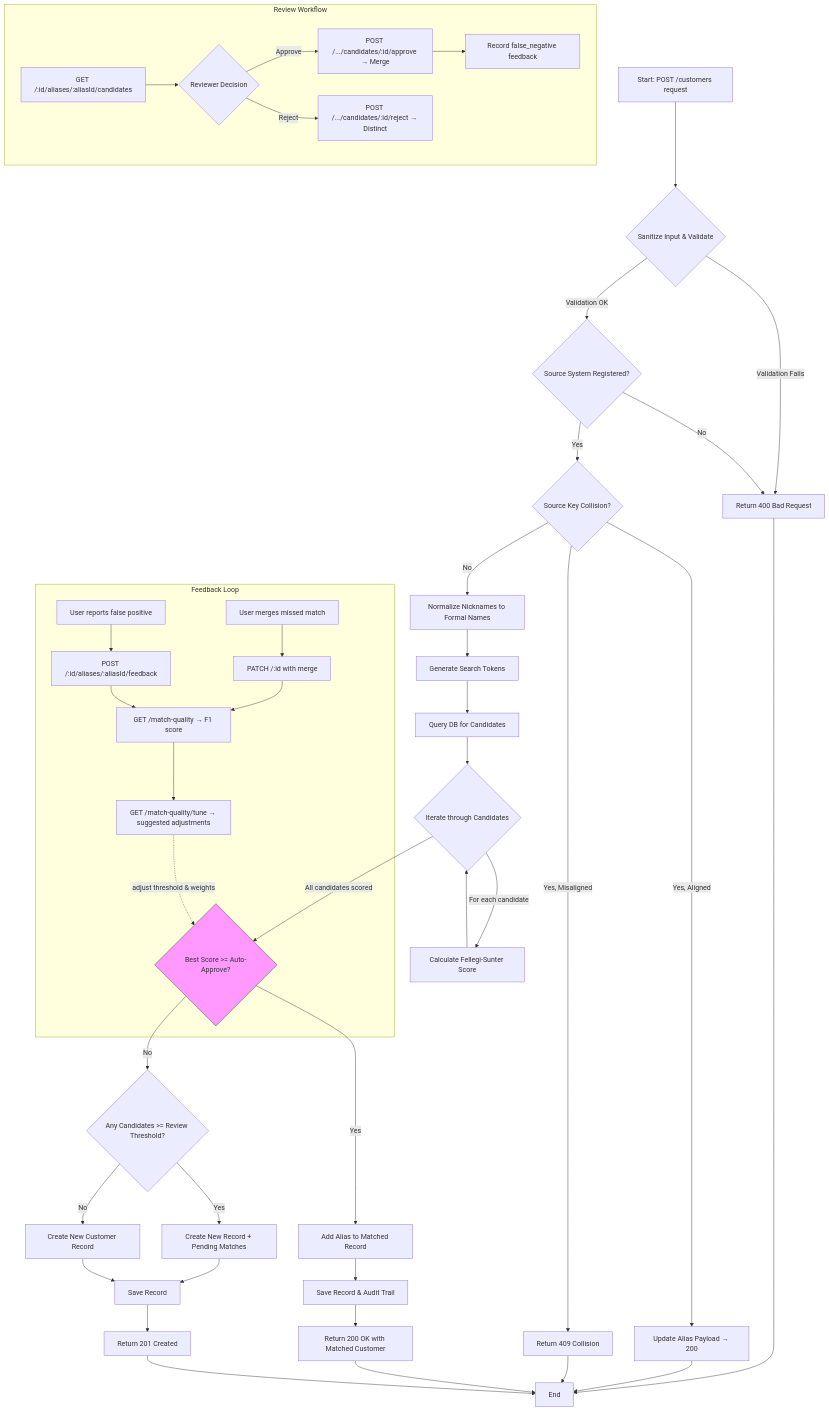
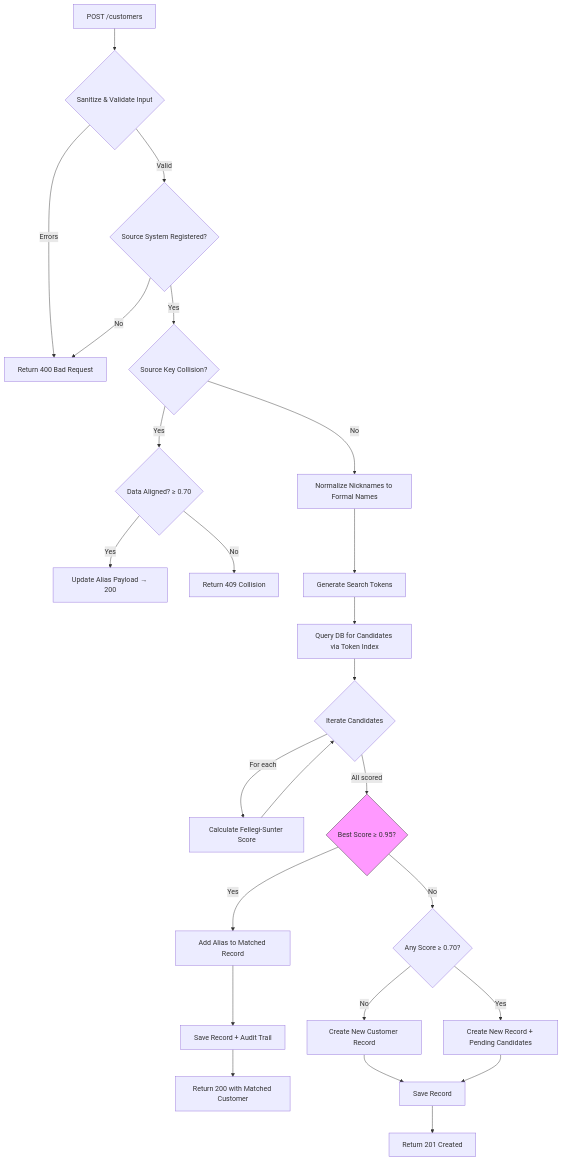
One commit to cesau78/s14s-identify changed the sixth of 23 diagrams in README.md. Above: the diagram before and after it, drawn with Mermaid. The commit also changed other lines of this file and 1 other file, not shown here.

Commit message:
docs: Expand README with per-endpoint logic flow diagrams and update TODO

````diff
--- a/README.md
+++ b/README.md
@@ -119,50 +190,30 @@
 ```mermaid
 graph TD
-    A[Start: POST /customers request] --> B{Sanitize Input & Validate};
-    B -- Validation Fails --> C[Return 400 Bad Request];
-    B -- Validation OK --> SV{Source System Registered?};
-    SV -- No --> C;
-    SV -- Yes --> SC{Source Key Collision?};
-    SC -- Yes, Aligned --> SCU[Update Alias Payload → 200];
-    SC -- Yes, Misaligned --> SCC[Return 409 Collision];
-    SC -- No --> N[Normalize Nicknames to Formal Names];
-    N --> D[Generate Search Tokens];
-    D --> E[Query DB for Candidates];
-    E --> F{Iterate through Candidates};
-    F -- For each candidate --> G[Calculate Fellegi-Sunter Score];
-    G --> F;
-    F -- All candidates scored --> H{Best Score >= Auto-Approve?};
-    H -- Yes --> I[Add Alias to Matched Record];
-    I --> K[Save Record & Audit Trail];
-    K --> L[Return 200 OK with Matched Customer];
-    H -- No --> NM{Any Candidates >= Review Threshold?};
-    NM -- Yes --> J2[Create New Record + Pending Matches];
-    NM -- No --> J[Create New Customer Record];
-    J --> K2[Save Record];
-    J2 --> K2;
-    K2 --> L2[Return 201 Created];
-    L --> M[End];
-    C --> M;
-    L2 --> M;
-    SCU --> M;
-    SCC --> M;
-
-    subgraph Review Workflow
-        PM[GET /:id/aliases/:aliasId/candidates] --> RV{Reviewer Decision};
-        RV -- Approve --> AP[POST /.../candidates/:id/approve → Merge];
-        RV -- Reject --> RJ[POST /.../candidates/:id/reject → Distinct];
-        AP --> FB2[Record false_negative feedback];
-    end
+    A[POST /customers] --> B{Sanitize & Validate Input}
+    B -- Errors --> C[Return 400 Bad Request]
+    B -- Valid --> SV{Source System Registered?}
+    SV -- No --> C
+    SV -- Yes --> SC{Source Key Collision?}
+    SC -- Yes --> SCA{Data Aligned? ≥ 0.70}
+    SCA -- Yes --> SCU[Update Alias Payload → 200]
+    SCA -- No --> SCC[Return 409 Collision]
+    SC -- No --> N[Normalize Nicknames to Formal Names]
+    N --> D[Generate Search Tokens]
+    D --> E[Query DB for Candidates via Token Index]
+    E --> F{Iterate Candidates}
+    F -- For each --> G[Calculate Fellegi-Sunter Score]
+    G --> F
+    F -- All scored --> H{Best Score ≥ 0.95?}
+    H -- Yes --> I[Add Alias to Matched Record]
+    I --> K[Save Record + Audit Trail]
+    K --> L[Return 200 with Matched Customer]
+    H -- No --> NM{Any Score ≥ 0.70?}
+    NM -- Yes --> J2[Create New Record + Pending Candidates]
+    NM -- No --> J[Create New Customer Record]
+    J --> K2[Save Record]
+    J2 --> K2
+    K2 --> L2[Return 201 Created]
 
     style H fill:#f9f,stroke:#333
     linkStyle default stroke:#333
-
-    subgraph Feedback Loop
-        Q[User reports false positive] --> R[POST /:id/aliases/:aliasId/feedback];
-        S[User merges missed match] --> T[PATCH /:id with merge];
-        R --> U[GET /match-quality → F1 score];
-        T --> U;
-        U --> V[GET /match-quality/tune → suggested adjustments];
-        V -. adjust threshold & weights .-> H;
-    end
 ```
````
